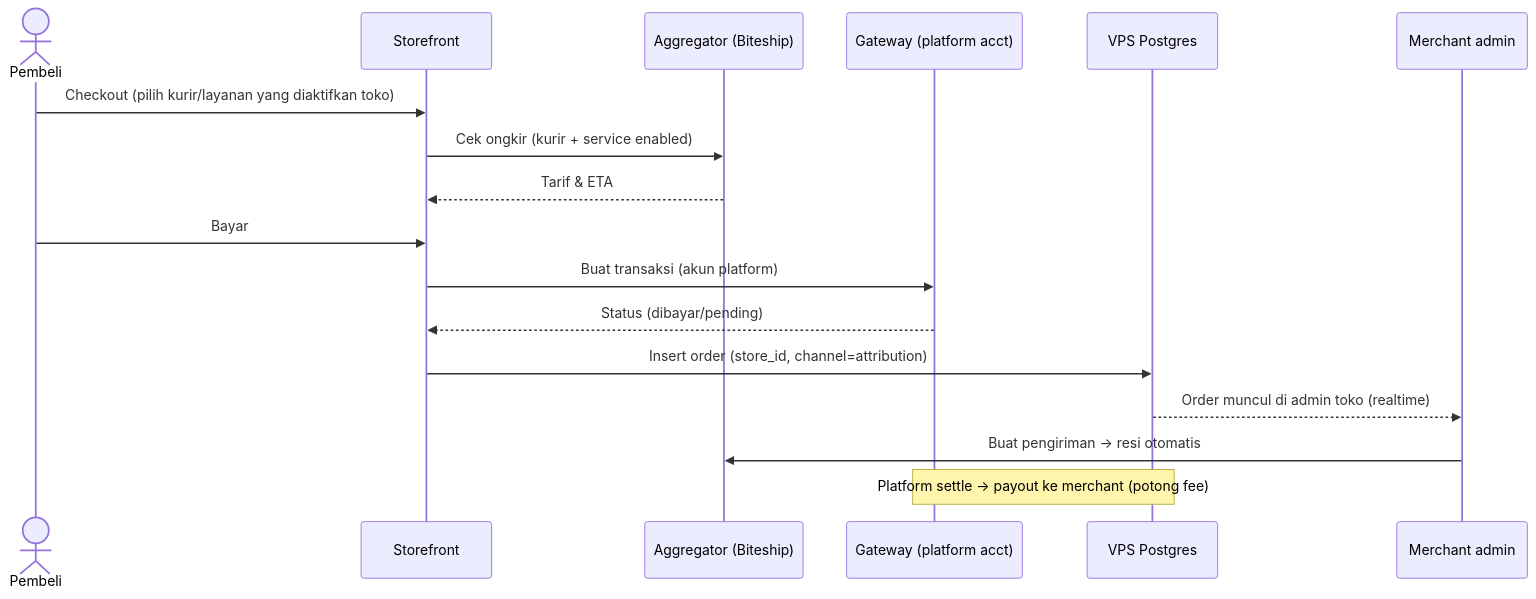
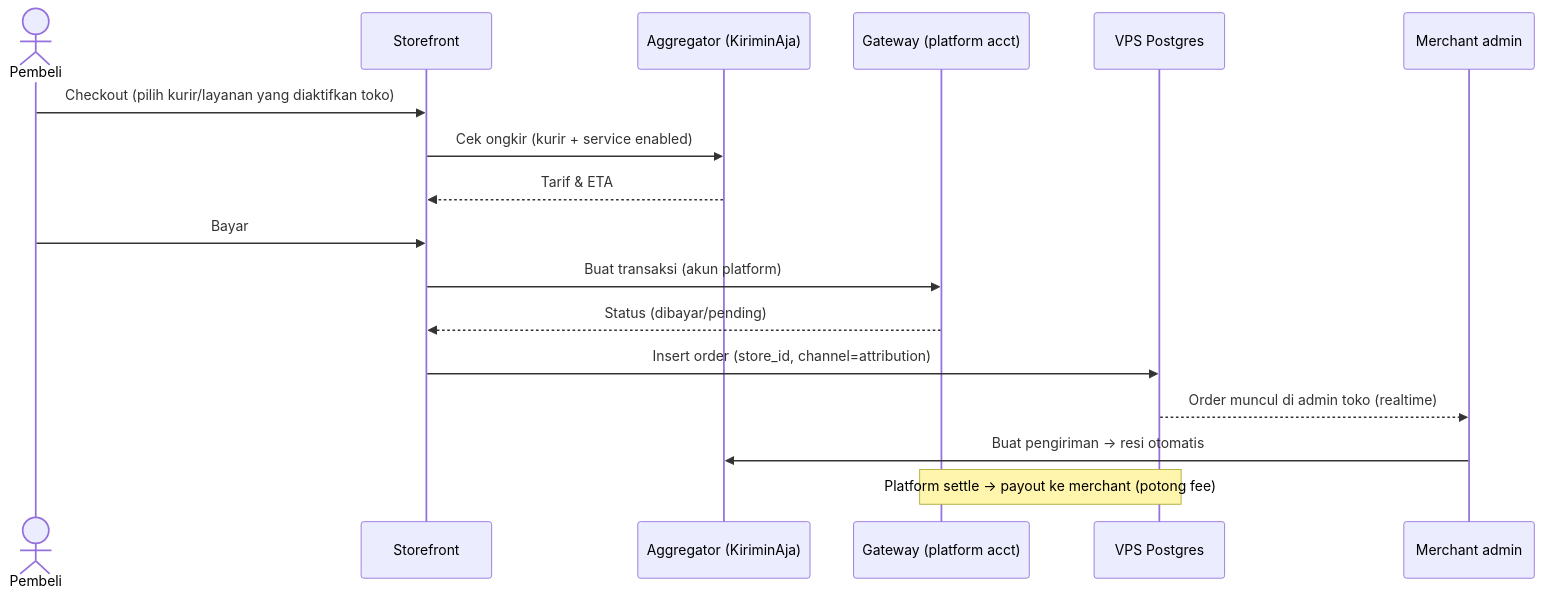
The fifth of 11 diagrams in specs/docs/UML.md (ongkipro/tokophi), drawn with Mermaid before and after one commit. The commit also changed other lines of this file and 8 other files, not shown here.

First line of the commit message:
docs: KiriminAja aggregator (was Biteship) + SYSTEM_GUIDE.md (whole-system overview)

````diff
--- a/specs/docs/UML.md
+++ b/specs/docs/UML.md
@@ -263,20 +263,20 @@
 ```mermaid
 sequenceDiagram
   actor Pembeli
   participant SF as Storefront
-  participant AGG as Aggregator (Biteship)
+  participant AGG as Aggregator (KiriminAja)
   participant PG as Gateway (platform acct)
   participant DB as VPS Postgres
   participant AD as Merchant admin
 
   Pembeli->>SF: Checkout (pilih kurir/layanan yang diaktifkan toko)
   SF->>AGG: Cek ongkir (kurir + service enabled)
   AGG-->>SF: Tarif & ETA
   Pembeli->>SF: Bayar
   SF->>PG: Buat transaksi (akun platform)
   PG-->>SF: Status (dibayar/pending)
   SF->>DB: Insert order (store_id, channel=attribution)
   DB-->>AD: Order muncul di admin toko (realtime)
   AD->>AGG: Buat pengiriman → resi otomatis
   Note over PG,DB: Platform settle → payout ke merchant (potong fee)
 ```
````
